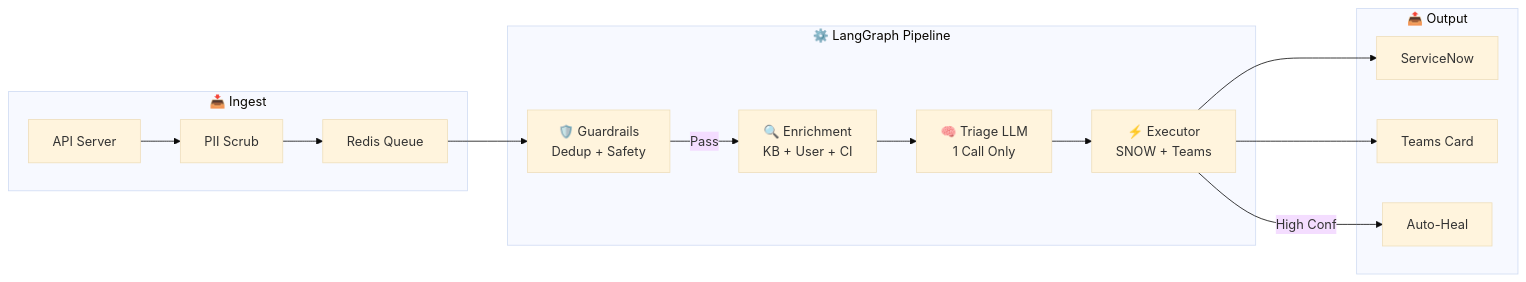
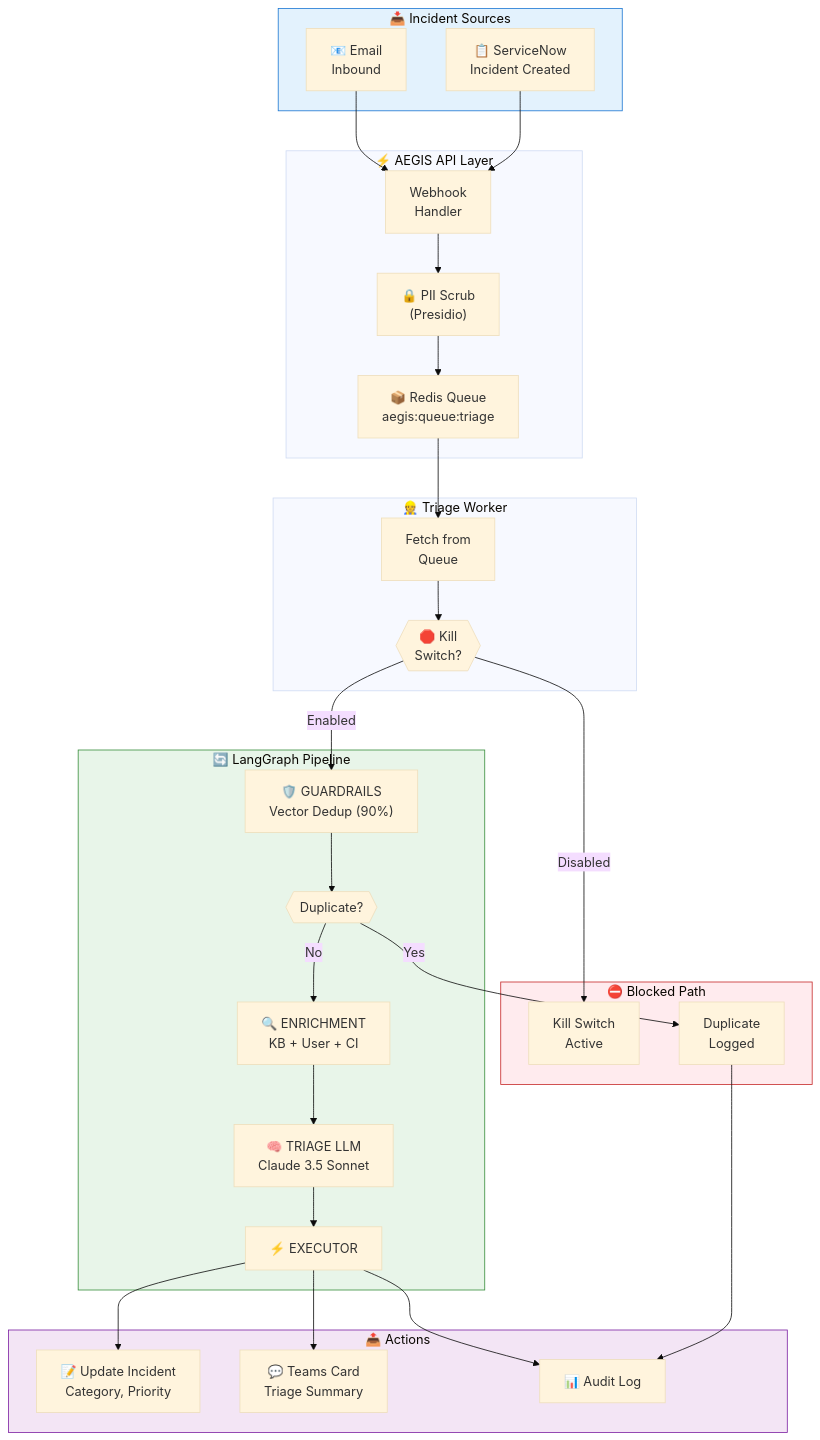
One commit to maniltns/AEGIS changed the first of 3 diagrams in docs/implementation_plan.md. Above: the diagram before and after it, drawn with Mermaid (base theme). The commit also changed other lines of this file and 6 other files, not shown here.

````diff
--- a/docs/implementation_plan.md
+++ b/docs/implementation_plan.md
@@ -26,28 +28,56 @@
 ```mermaid
-flowchart LR
-    subgraph "📥 Ingest"
-        API["API Server"]
-        PII["PII Scrub"]
-        QUEUE["Redis Queue"]
+flowchart TB
+    subgraph INPUT["📥 Incident Sources"]
+        SNOW_INC["📋 ServiceNow<br/>Incident Created"]
+        EMAIL["📧 Email<br/>Inbound"]
     end
 
-    subgraph "⚙️ LangGraph Pipeline"
-        N1["🛡️ Guardrails<br/>Dedup + Safety"]
-        N2["🔍 Enrichment<br/>KB + User + CI"]
-        N3["🧠 Triage LLM<br/>1 Call Only"]
-        N4["⚡ Executor<br/>SNOW + Teams"]
+    subgraph API["⚡ AEGIS API Layer"]
+        WH["Webhook<br/>Handler"]
+        PII["🔒 PII Scrub<br/>(Presidio)"]
+        QUEUE["📦 Redis Queue<br/>aegis:queue:triage"]
     end
 
-    subgraph "📤 Output"
-        SNOW["ServiceNow"]
-        TEAMS["Teams Card"]
-        SSM["Auto-Heal"]
+    subgraph WORKER["👷 Triage Worker"]
+        FETCH["Fetch from<br/>Queue"]
+        KS{{"🛑 Kill<br/>Switch?"}}
     end
 
-    API --> PII --> QUEUE
-    QUEUE --> N1
-    N1 -->|Pass| N2 --> N3 --> N4
-    N4 --> SNOW
+    subgraph PIPELINE["🔄 LangGraph Pipeline"]
+        N1["🛡️ GUARDRAILS<br/>Vector Dedup (90%)"]
+        DUP_CHECK{{"Duplicate?"}}
+        N2["🔍 ENRICHMENT<br/>KB + User + CI"]
+        N3["🧠 TRIAGE LLM<br/>Claude 3.5 Sonnet"]
+        N4["⚡ EXECUTOR"]
+    end
+
+    subgraph OUTPUT["📤 Actions"]
+        SNOW_UPD["📝 Update Incident<br/>Category, Priority"]
+        TEAMS["💬 Teams Card<br/>Triage Summary"]
+        AUDIT["📊 Audit Log"]
+    end
+
+    subgraph BLOCKED["⛔ Blocked Path"]
+        HALT["Kill Switch<br/>Active"]
+        DUP_LOG["Duplicate<br/>Logged"]
+    end
+
+    SNOW_INC --> WH
+    EMAIL --> WH
+    WH --> PII --> QUEUE
+    QUEUE --> FETCH --> KS
+    KS -->|Disabled| HALT
+    KS -->|Enabled| N1
+    N1 --> DUP_CHECK
+    DUP_CHECK -->|Yes| DUP_LOG --> AUDIT
+    DUP_CHECK -->|No| N2
+    N2 --> N3 --> N4
+    N4 --> SNOW_UPD
     N4 --> TEAMS
-    N4 -->|High Conf| SSM
+    N4 --> AUDIT
+
+    style INPUT fill:#e3f2fd,stroke:#1976d2
+    style PIPELINE fill:#e8f5e9,stroke:#388e3c
+    style OUTPUT fill:#f3e5f5,stroke:#7b1fa2
+    style BLOCKED fill:#ffebee,stroke:#c62828
 ```
````
